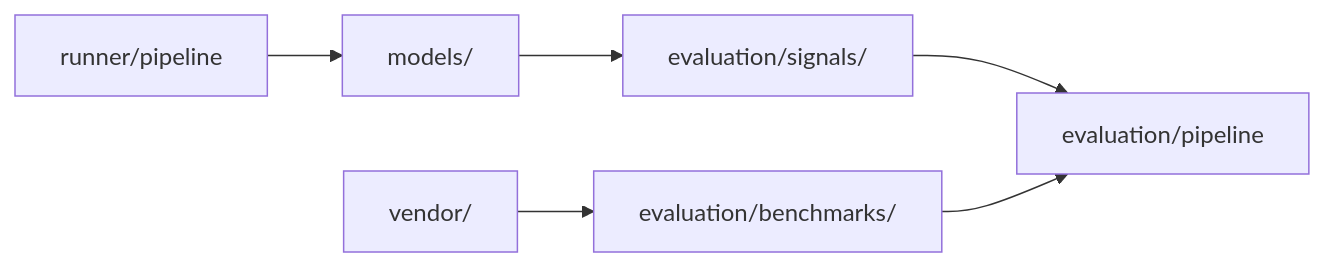
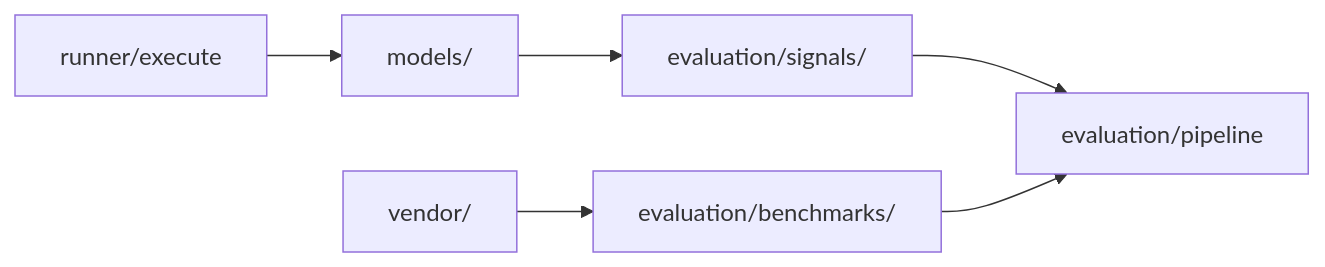
Before and after one commit to gigibot-tech/uqlab: the diagram in README.md, drawn with Mermaid. The commit also changed other lines of this file and 63 other files, not shown here.

````diff
--- a/README.md
+++ b/README.md
@@ -29,8 +29,8 @@
 ```mermaid
 flowchart LR
   models["models/"] --> signals["evaluation/signals/"]
   signals --> pipeline["evaluation/pipeline"]
   benchmarks["evaluation/benchmarks/"] --> pipeline
-  runner["runner/pipeline"] --> models
+  runner["runner/execute"] --> models
   vendor["vendor/"] --> benchmarks
 ```
````
